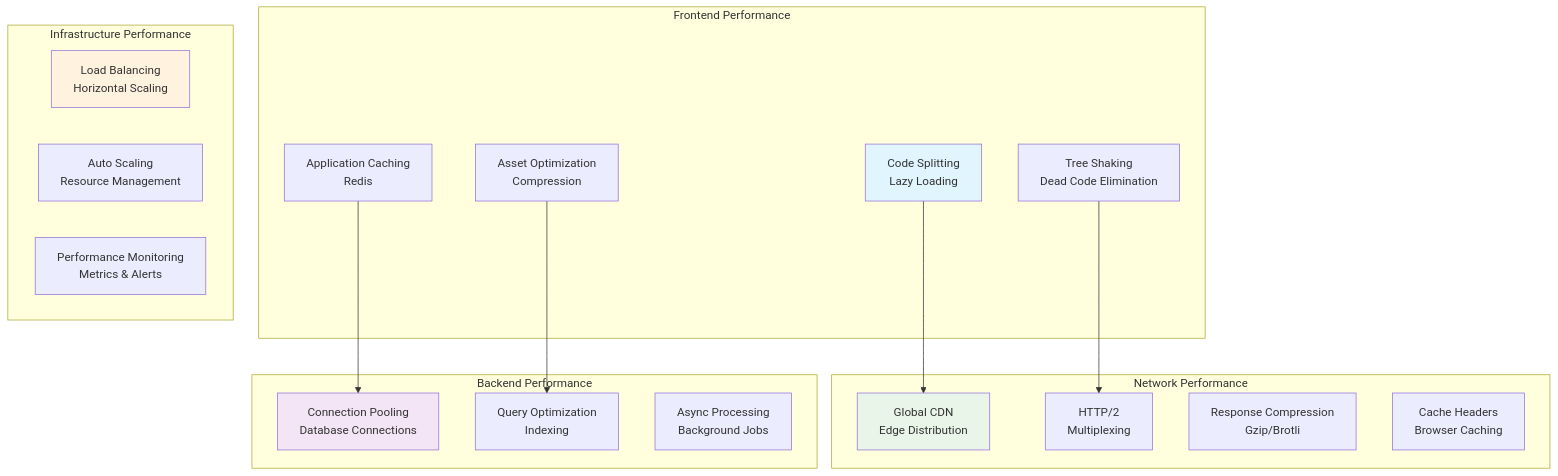
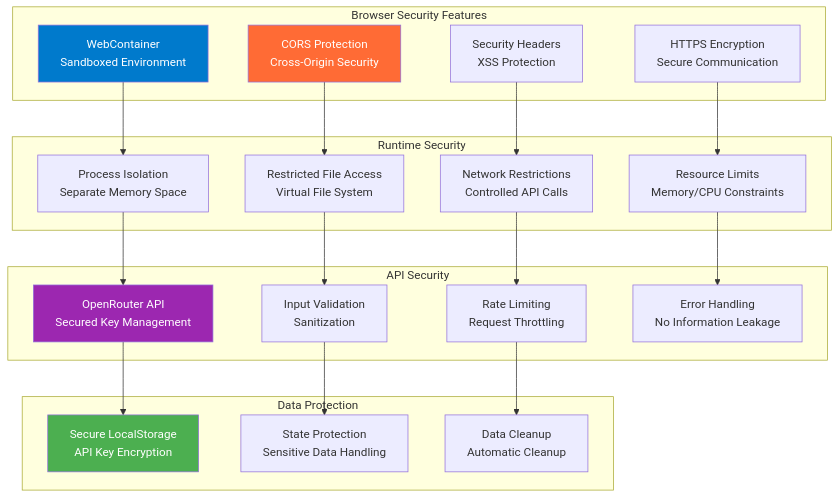
The ninth of 12 diagrams in markdown-docs/03-system-architecture.md (nishant-iith/autocode), drawn with Mermaid before and after one commit. The commit also changed other lines of this file and 5 other files, not shown here.

````diff
--- a/markdown-docs/03-system-architecture.md
+++ b/markdown-docs/03-system-architecture.md
@@ -637,40 +615,48 @@
 ```mermaid
 graph TB
-    subgraph "Frontend Performance"
-        CodeSplitting[Code Splitting<br/>Lazy Loading]
-        TreeShaking[Tree Shaking<br/>Dead Code Elimination]
-        Caching[Browser Caching<br/>Service Workers]
-        Optimization[Asset Optimization<br/>Compression]
+    subgraph "Browser Security Features"
+        WebContainer[WebContainer<br/>Sandboxed Environment]
+        CORS[CORS Protection<br/>Cross-Origin Security]
+        SecurityHeaders[Security Headers<br/>XSS Protection]
+        HTTPS[HTTPS Encryption<br/>Secure Communication]
     end
 
-    subgraph "Network Performance"
-        CDN[CDN Distribution<br/>Edge Caching]
-        HTTP2[HTTP/2<br/>Multiplexing]
-        Compression[Response Compression<br/>Gzip/Brotli]
-        CachingHeaders[Cache Headers<br/>Browser Caching]
+    subgraph "Runtime Security"
+        Isolation[Process Isolation<br/>Separate Memory Space]
+        FileAccess[Restricted File Access<br/>Virtual File System]
+        NetworkLimit[Network Restrictions<br/>Controlled API Calls]
+        ResourceLimits[Resource Limits<br/>Memory/CPU Constraints]
     end
 
-    subgraph "Backend Performance"
-        ConnectionPooling[Connection Pooling<br/>Database Connections]
-        QueryOptimization[Query Optimization<br/>Indexing]
-        Caching[Application Caching<br/>Redis]
-        AsyncProcessing[Async Processing<br/>Background Jobs]
+    subgraph "API Security"
+        OpenRouterAuth[OpenRouter API<br/>Secured Key Management]
+        InputValidation[Input Validation<br/>Sanitization]
+        RateLimiting[Rate Limiting<br/>Request Throttling]
+        ErrorHandling[Error Handling<br/>No Information Leakage]
     end
 
-    subgraph "Infrastructure Performance"
-        LoadBalancing[Load Balancing<br/>Horizontal Scaling]
-        AutoScaling[Auto Scaling<br/>Resource Management]
-        Monitoring[Performance Monitoring<br/>Metrics & Alerts]
-        CDN[Global CDN<br/>Edge Distribution]
+    subgraph "Data Protection"
+        LocalStorage[Secure LocalStorage<br/>API Key Encryption]
+        StateManagement[State Protection<br/>Sensitive Data Handling]
+        Cleanup[Data Cleanup<br/>Automatic Cleanup]
     end
 
-    CodeSplitting --> CDN
-    TreeShaking --> HTTP2
-    Caching --> ConnectionPooling
-    Optimization --> QueryOptimization
+    WebContainer --> Isolation
+    CORS --> FileAccess
+    SecurityHeaders --> NetworkLimit
+    HTTPS --> ResourceLimits
 
-    style CodeSplitting fill:#e1f5fe
-    style CDN fill:#e8f5e8
-    style ConnectionPooling fill:#f3e5f5
-    style LoadBalancing fill:#fff3e0
+    Isolation --> OpenRouterAuth
+    FileAccess --> InputValidation
+    NetworkLimit --> RateLimiting
+    ResourceLimits --> ErrorHandling
+
+    OpenRouterAuth --> LocalStorage
+    InputValidation --> StateManagement
+    RateLimiting --> Cleanup
+
+    style WebContainer fill:#007ACC,color:#fff
+    style CORS fill:#FF6B35,color:#fff
+    style OpenRouterAuth fill:#9C27B0,color:#fff
+    style LocalStorage fill:#4CAF50,color:#fff
 ```
````
